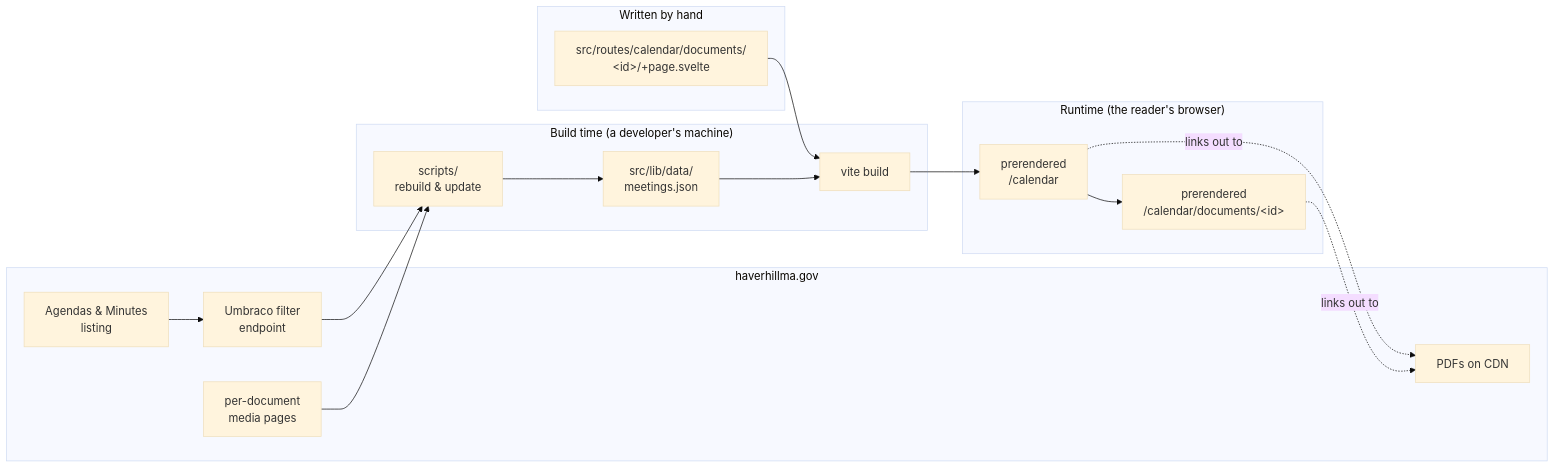
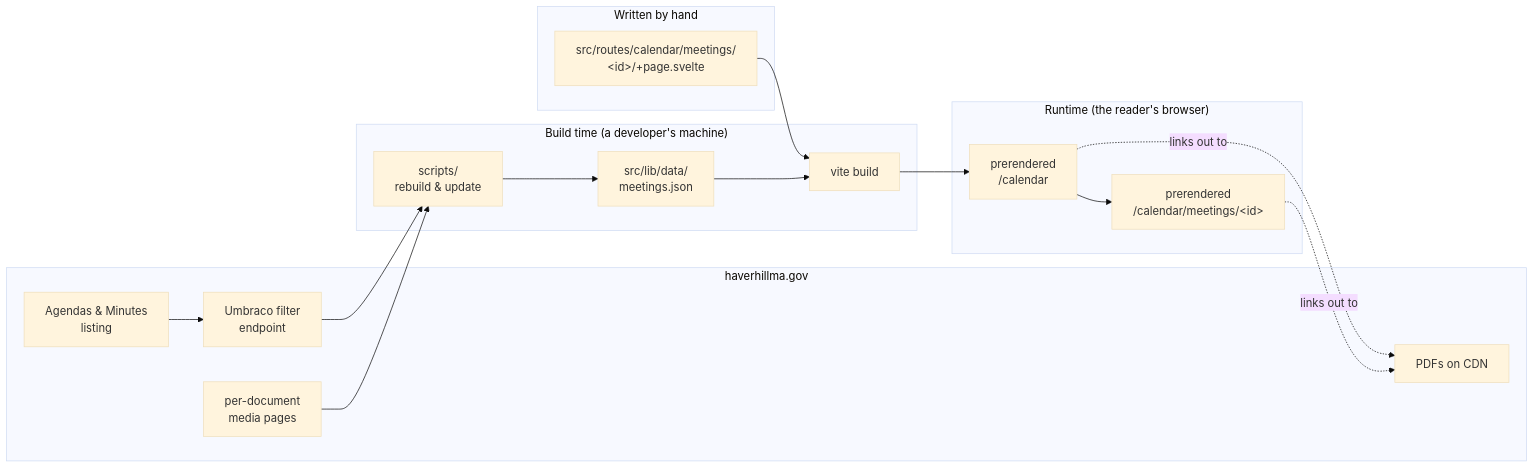
Before and after one commit to Alchemical-Artisans/civics: the diagram in docs/README.md, drawn with Mermaid (base theme). The commit also changed 149 other files, not shown here.

````diff
--- a/docs/README.md
+++ b/docs/README.md
@@ -26,31 +26,31 @@
 ```mermaid
 flowchart LR
     subgraph city["haverhillma.gov"]
         L["Agendas & Minutes<br/>listing"]
         E["Umbraco filter<br/>endpoint"]
         M["per-document<br/>media pages"]
         P["PDFs on CDN"]
     end
 
     subgraph build["Build time (a developer's machine)"]
         S["scripts/<br/>rebuild &amp; update"]
         J["src/lib/data/<br/>meetings.json"]
         V["vite build"]
     end
 
     subgraph hand["Written by hand"]
-        D["src/routes/calendar/documents/<br/>&lt;id&gt;/+page.svelte"]
+        D["src/routes/calendar/meetings/<br/>&lt;id&gt;/+page.svelte"]
     end
 
     subgraph runtime["Runtime (the reader's browser)"]
         H["prerendered<br/>/calendar"]
-        O["prerendered<br/>/calendar/documents/&lt;id&gt;"]
+        O["prerendered<br/>/calendar/meetings/&lt;id&gt;"]
     end
 
     L --> E --> S
     M --> S
     D --> V
     S --> J --> V --> H --> O
     H -. "links out to" .-> P
     O -. "links out to" .-> P
 ```
````
